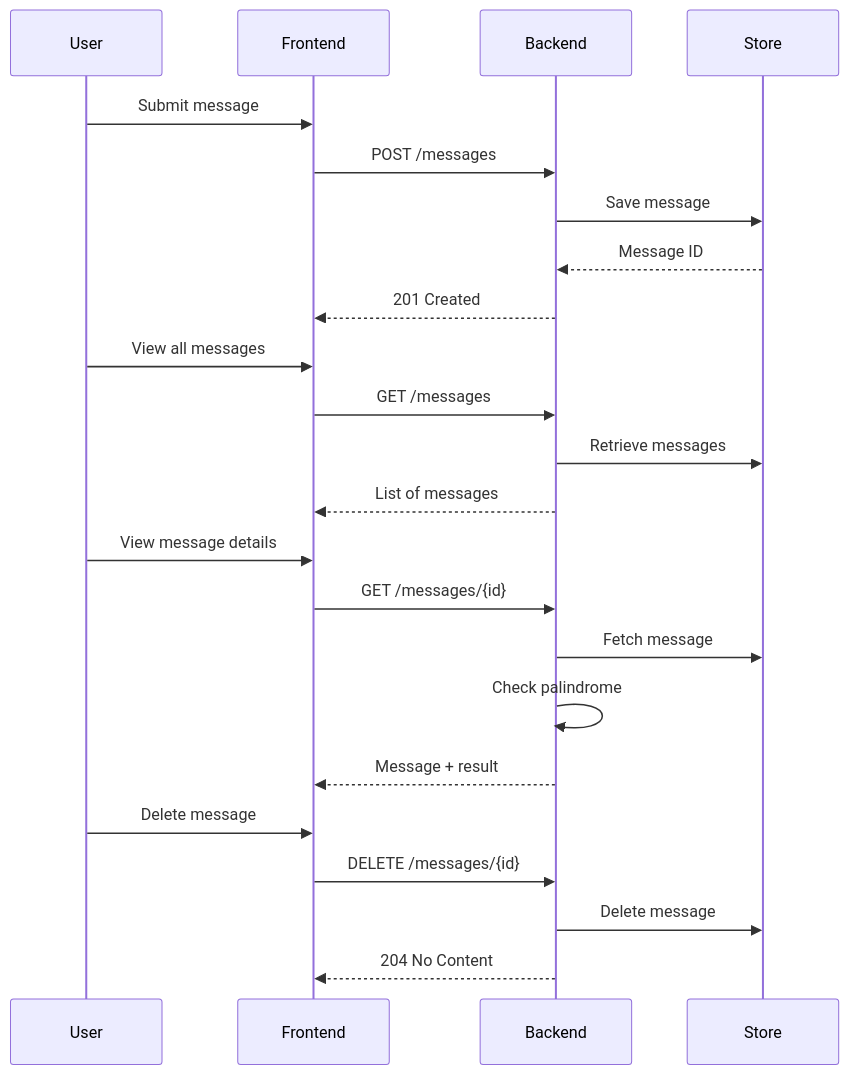
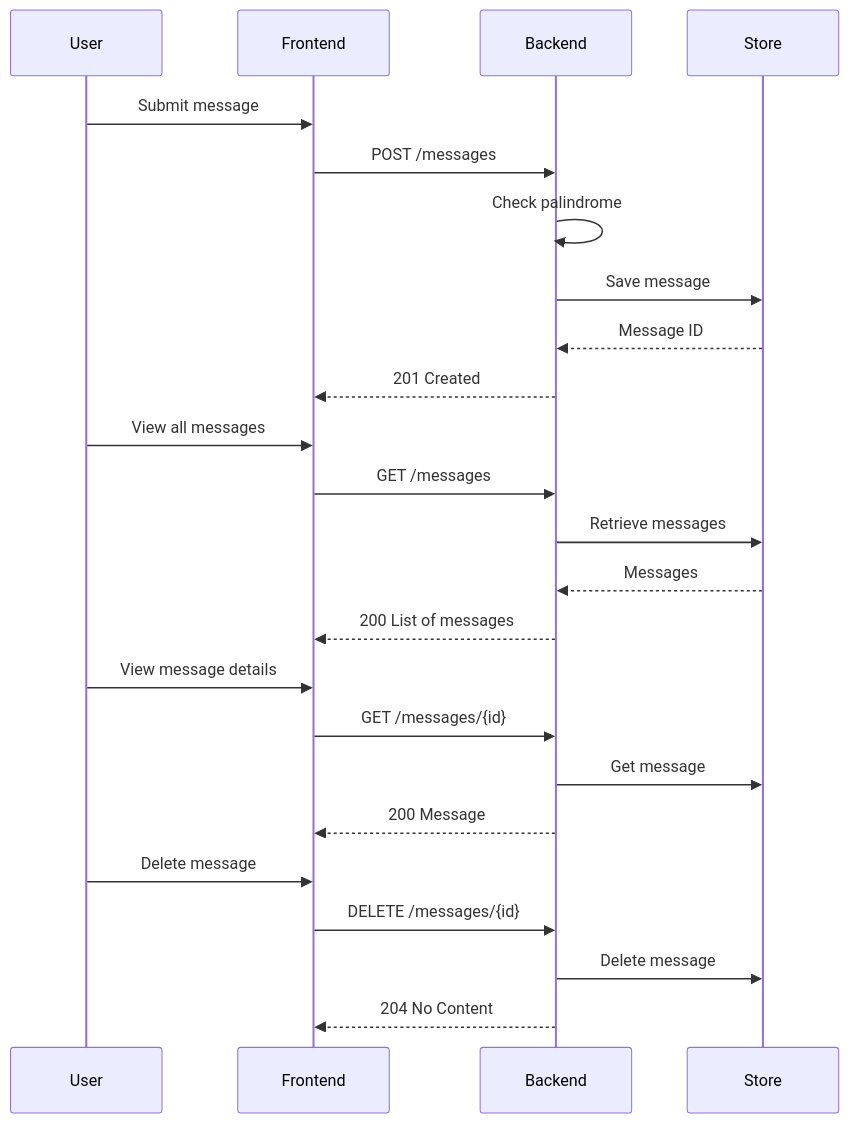
Before and after one commit to runemalm/qlik-assignment: the diagram in README.md, drawn with Mermaid. The commit also changed other lines of this file and 1 other file, not shown here.

````diff
--- a/README.md
+++ b/README.md
@@ -121,29 +124,30 @@
 ```mermaid
 sequenceDiagram
   participant User
   participant Frontend
   participant Backend
   participant Store
 
   User->>Frontend: Submit message
   Frontend->>Backend: POST /messages
+  Backend->>Backend: Check palindrome
   Backend->>Store: Save message
   Store-->>Backend: Message ID
   Backend-->>Frontend: 201 Created
 
   User->>Frontend: View all messages
   Frontend->>Backend: GET /messages
   Backend->>Store: Retrieve messages
-  Backend-->>Frontend: List of messages
+  Store-->>Backend: Messages
+  Backend-->>Frontend: 200 List of messages
 
   User->>Frontend: View message details
   Frontend->>Backend: GET /messages/{id}
-  Backend->>Store: Fetch message
-  Backend->>Backend: Check palindrome
-  Backend-->>Frontend: Message + result
+  Backend->>Store: Get message
+  Backend-->>Frontend: 200 Message
 
   User->>Frontend: Delete message
   Frontend->>Backend: DELETE /messages/{id}
   Backend->>Store: Delete message
   Backend-->>Frontend: 204 No Content
 ```
````
